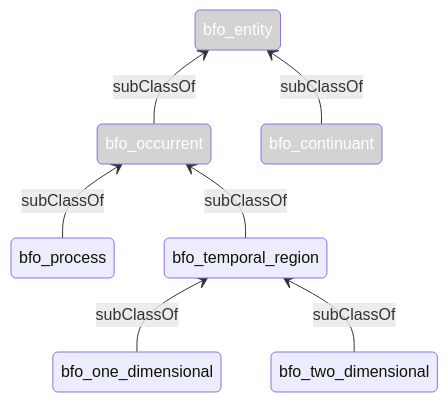
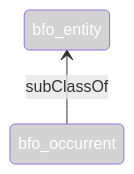
The diagram in docs/patterns.md (ISE-FIZKarlsruhe/nfdicore), drawn with Mermaid before and after one commit.

````diff
--- a/docs/patterns.md
+++ b/docs/patterns.md
@@ -12,21 +12,26 @@
 ```mermaid
 
 stateDiagram
 
-
   direction BT
 
+#style definitions
   classDef clazz fill:lightgrey,color:white
-  classDef ind font-size:small
-  
-  bfo_occurrent --> bfo_entity: subClassOf 
-  bfo_continuant --> bfo_entity: subClassOf 
-  bfo_process --> bfo_occurrent: subClassOf 
-  bfo_temporal_region --> bfo_occurrent: subClassOf 
-  bfo_one_dimensional --> bfo_temporal_region: subClassOf 
-  bfo_two_dimensional --> bfo_temporal_region: subClassOf 
+  classDef individual font-size:small
+
+#styling of classes
 
   class bfo_occurrent clazz  
   class bfo_entity clazz
   class bfo_continuant clazz
+  
+#relations
+
+  bfo_occurrent --> bfo_entity: subClassOf 
+#  bfo_continuant --> bfo_entity: subClassOf 
+#  bfo_process --> bfo_occurrent: subClassOf 
+#  bfo_temporal_region --> bfo_occurrent: subClassOf 
+#  bfo_one_dimensional --> bfo_temporal_region: subClassOf 
+#  bfo_two_dimensional --> bfo_temporal_region: subClassOf 
+
 ```
````
